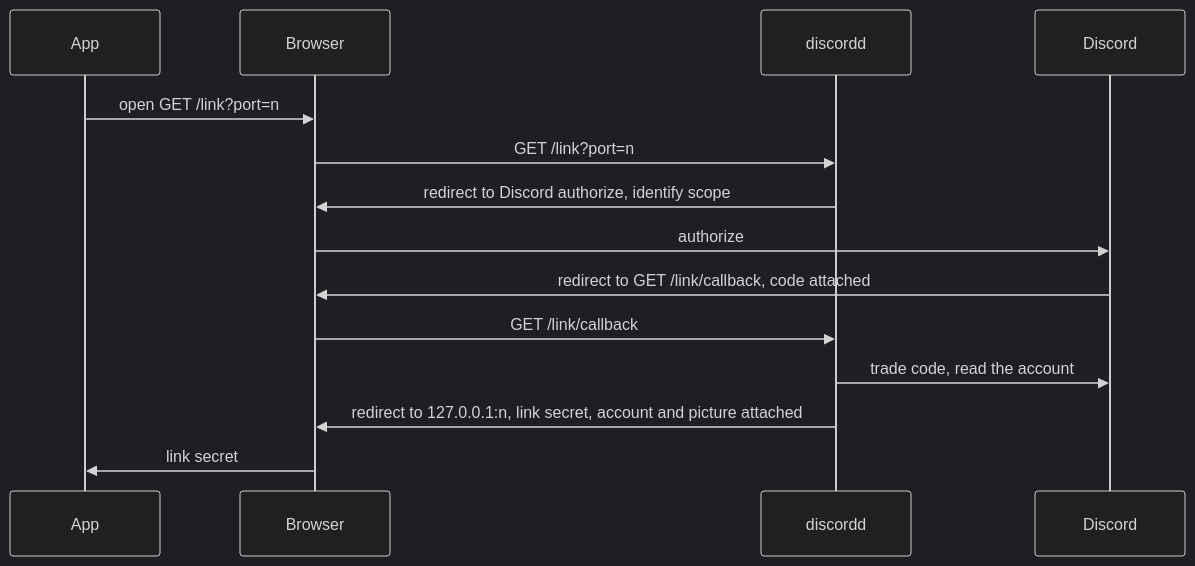
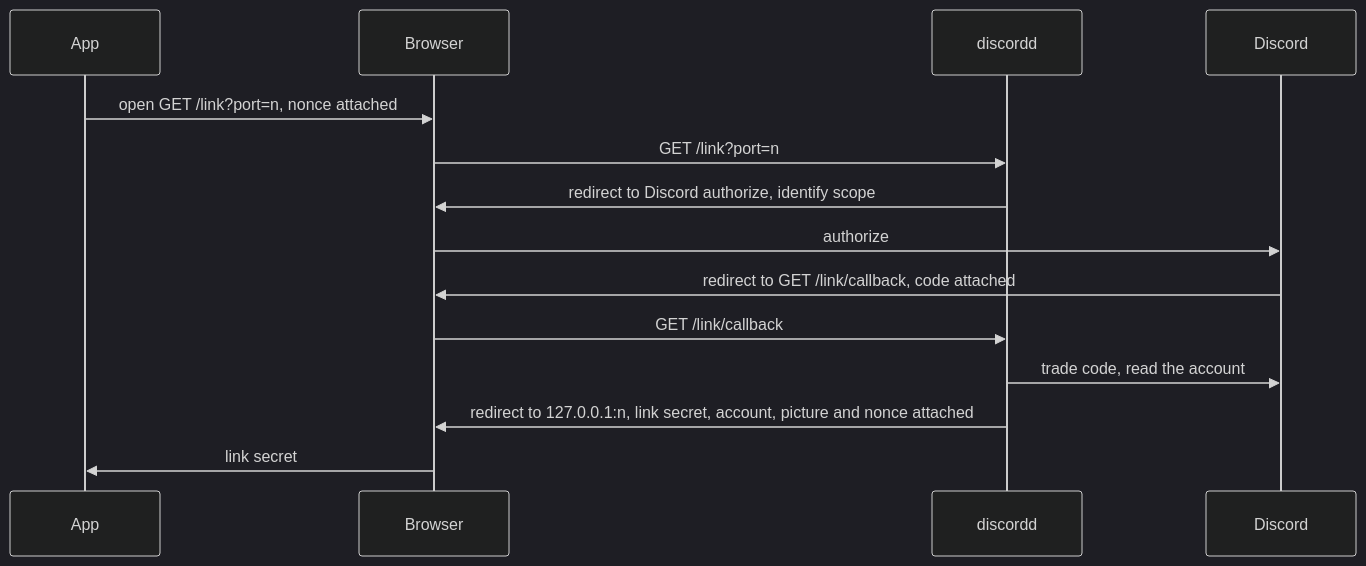
Before and after one commit to bjoern621/screen-sharing: the first of 3 diagrams in docs/discord-mode.md, drawn with Mermaid (dark theme). The commit also changed other lines of this file and 5 other files, not shown here.

````diff
--- a/docs/discord-mode.md
+++ b/docs/discord-mode.md
@@ -29,17 +29,17 @@
 ```mermaid
 sequenceDiagram
     participant A as App
     participant B as Browser
     participant D as discordd
     participant O as Discord
 
-    A->>B: open GET /link?port=n
+    A->>B: open GET /link?port=n, nonce attached
     B->>D: GET /link?port=n
     D->>B: redirect to Discord authorize, identify scope
     B->>O: authorize
     O->>B: redirect to GET /link/callback, code attached
     B->>D: GET /link/callback
     D->>O: trade code, read the account
-    D->>B: redirect to 127.0.0.1:n, link secret, account and picture attached
+    D->>B: redirect to 127.0.0.1:n, link secret, account, picture and nonce attached
     B->>A: link secret
 ```
````
